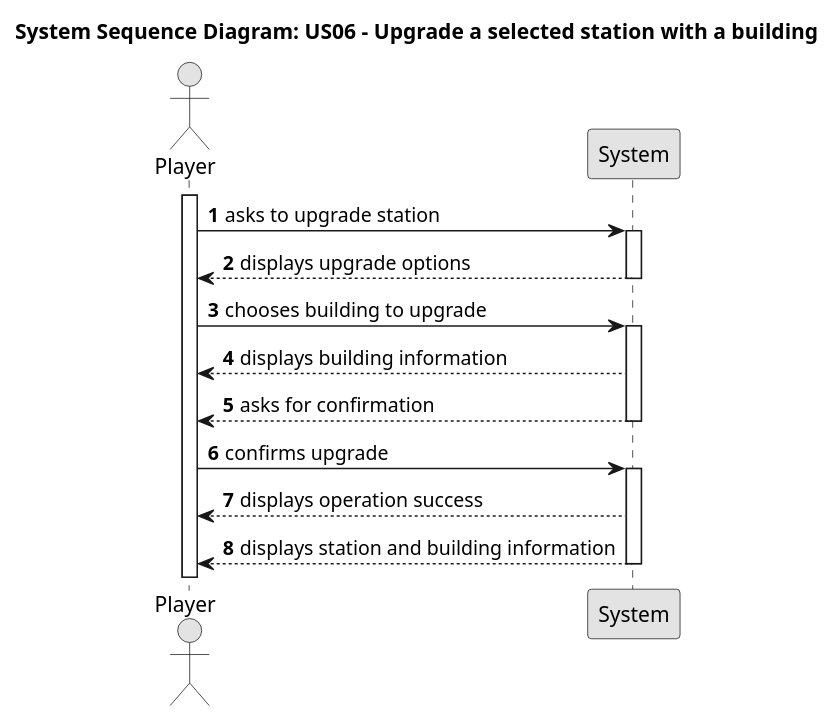
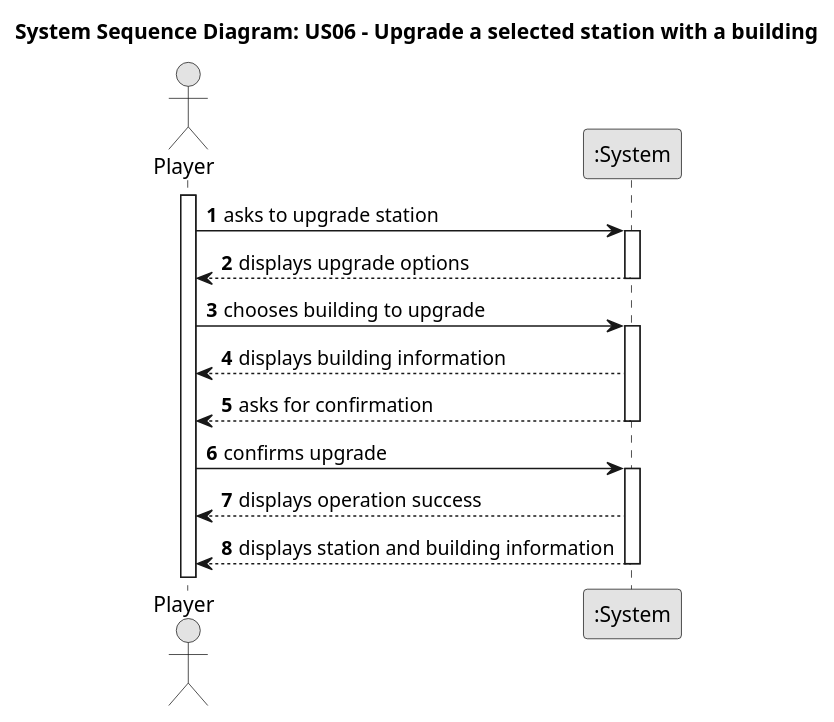
One commit to HenriqueSilva18/Railway-Network-Simulator changed the diagram in docs/system-documentation/Sprint 1/US06/01.requirements-engineering/puml/US006-SSD.puml. Above: the diagram before and after it, drawn with PlantUML. The commit also changed 1 other file, not shown here.

```diff
--- a/docs/system-documentation/Sprint 1/US06/01.requirements-engineering/puml/US006-SSD.puml
+++ b/docs/system-documentation/Sprint 1/US06/01.requirements-engineering/puml/US006-SSD.puml
@@ -1,30 +1,30 @@
 @startuml
 skinparam monochrome true
 skinparam packageStyle rectangle
 skinparam shadowing false
 
 autonumber
 
 title System Sequence Diagram: US06 - Upgrade a selected station with a building
 
 actor "Player" as player
-participant "System" as system
+participant ":System" as system
 
 activate player
 
     player -> system: asks to upgrade station
         activate system
         system --> player: displays upgrade options
         deactivate system
     player -> system: chooses building to upgrade
         activate system
         system --> player: displays building information
         system --> player: asks for confirmation
         deactivate system
     player -> system: confirms upgrade
         activate system
         system --> player: displays operation success
         system --> player: displays station and building information
         deactivate system
 
 @enduml
```
